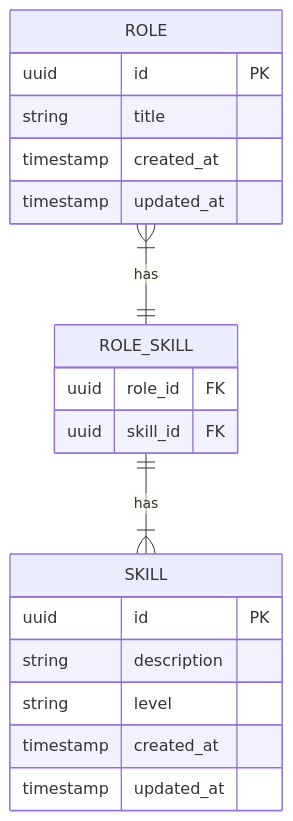
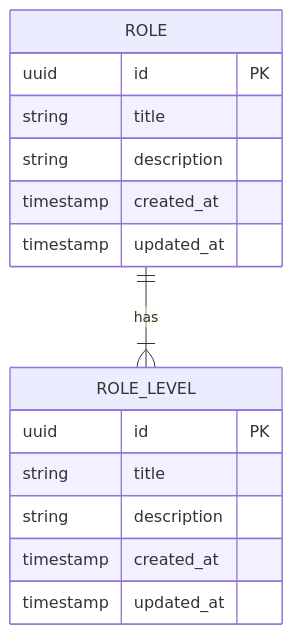
Before and after one commit to LandRegistry/ddat-capability-assessment: the second of 2 diagrams in README.md, drawn with Mermaid.

Commit message:
update data model

````diff
--- a/README.md
+++ b/README.md
@@ -66,23 +66,19 @@
 ```mermaid
 erDiagram
-    ROLE }|--|| ROLE_SKILL : "has"
-    ROLE_SKILL ||--|{ SKILL : "has"
+    ROLE ||--|{ ROLE_LEVEL : "has"
 
     ROLE {
         uuid id PK
         string title
+        string description
         timestamp created_at
         timestamp updated_at
     }
-    SKILL {
+    ROLE_LEVEL {
         uuid id PK
+        string title
         string description
-        string level
         timestamp created_at
         timestamp updated_at
     }
-    ROLE_SKILL {
-        uuid role_id FK
-        uuid skill_id FK
-    }
 ```
````
